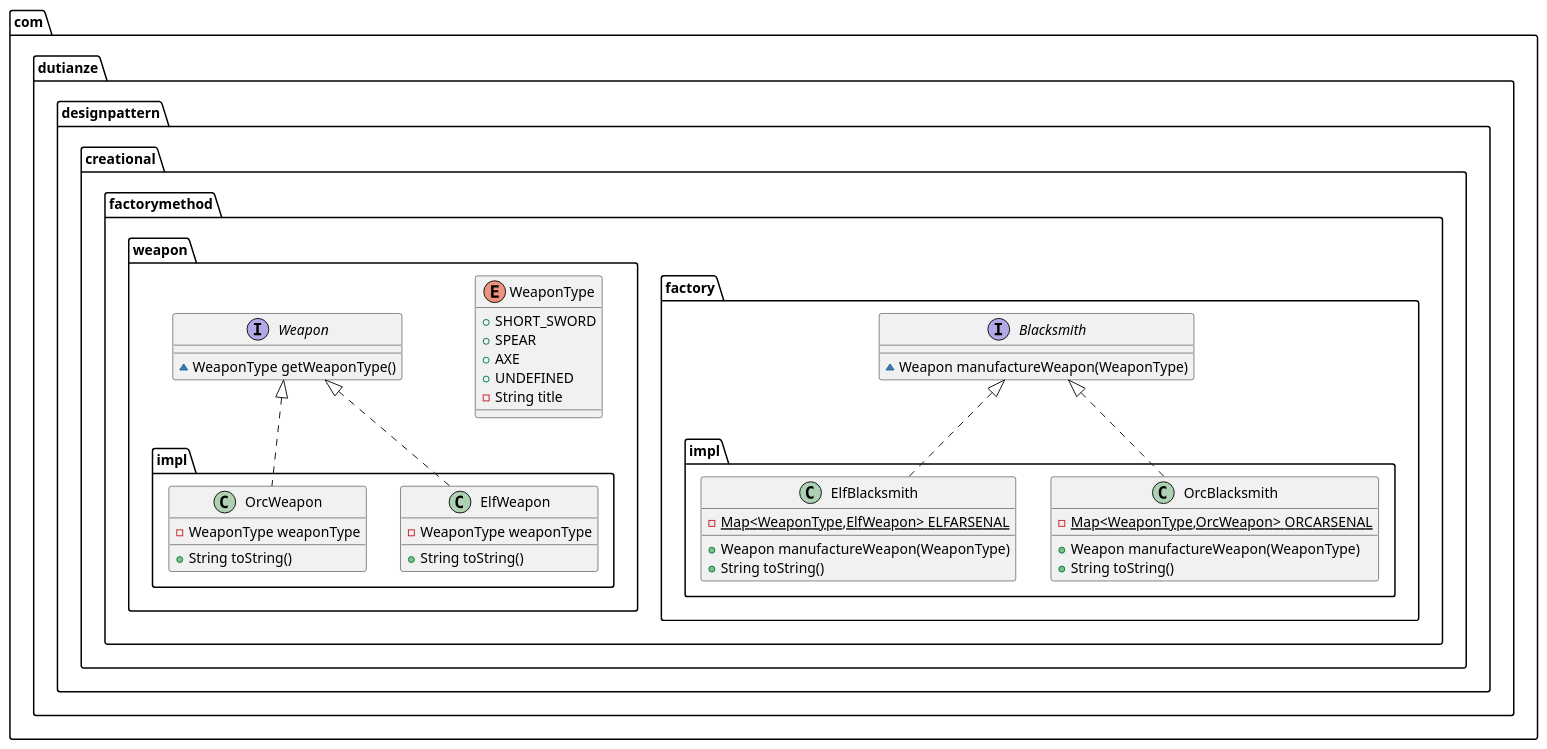
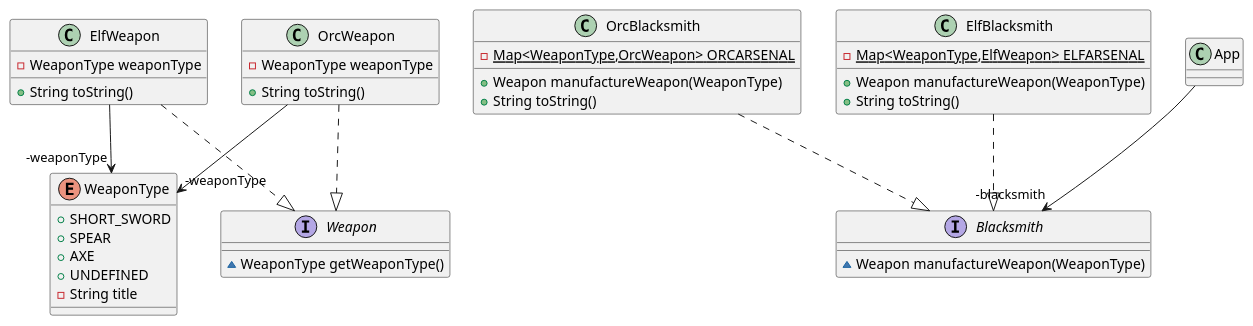
One commit to duTianze/my-java changed the diagram in design/design-pattern/src/main/java/com/dutianze/designpattern/creational/factorymethod/factorymethod.puml. Above: the diagram before and after it, drawn with PlantUML. The commit also changed 7 other files, not shown here.

```diff
--- a/design/design-pattern/src/main/java/com/dutianze/designpattern/creational/factorymethod/factorymethod.puml
+++ b/design/design-pattern/src/main/java/com/dutianze/designpattern/creational/factorymethod/factorymethod.puml
@@ -1,39 +1,42 @@
 @startuml
-class com.dutianze.designpattern.creational.factorymethod.factory.impl.OrcBlacksmith {
+class ElfWeapon {
+- WeaponType weaponType
++ String toString()
+}
+class OrcBlacksmith {
 - {static} Map<WeaponType,OrcWeapon> ORCARSENAL
 + Weapon manufactureWeapon(WeaponType)
 + String toString()
 }
-class com.dutianze.designpattern.creational.factorymethod.weapon.impl.ElfWeapon {
-- WeaponType weaponType
-+ String toString()
-}
-enum com.dutianze.designpattern.creational.factorymethod.weapon.WeaponType {
+enum WeaponType {
 +  SHORT_SWORD
 +  SPEAR
 +  AXE
 +  UNDEFINED
 - String title
 }
-interface com.dutianze.designpattern.creational.factorymethod.weapon.Weapon {
+interface Weapon {
 ~ WeaponType getWeaponType()
 }
-class com.dutianze.designpattern.creational.factorymethod.weapon.impl.OrcWeapon {
+class OrcWeapon {
 - WeaponType weaponType
 + String toString()
 }
-class com.dutianze.designpattern.creational.factorymethod.factory.impl.ElfBlacksmith {
+class ElfBlacksmith {
 - {static} Map<WeaponType,ElfWeapon> ELFARSENAL
 + Weapon manufactureWeapon(WeaponType)
 + String toString()
 }
-interface com.dutianze.designpattern.creational.factorymethod.factory.Blacksmith {
+interface Blacksmith {
 ~ Weapon manufactureWeapon(WeaponType)
 }
 
 
-com.dutianze.designpattern.creational.factorymethod.factory.Blacksmith <|.. com.dutianze.designpattern.creational.factorymethod.factory.impl.OrcBlacksmith
-com.dutianze.designpattern.creational.factorymethod.weapon.Weapon <|.. com.dutianze.designpattern.creational.factorymethod.weapon.impl.ElfWeapon
-com.dutianze.designpattern.creational.factorymethod.weapon.Weapon <|.. com.dutianze.designpattern.creational.factorymethod.weapon.impl.OrcWeapon
-com.dutianze.designpattern.creational.factorymethod.factory.Blacksmith <|.. com.dutianze.designpattern.creational.factorymethod.factory.impl.ElfBlacksmith
+ElfWeapon -->  "-weaponType" WeaponType
+OrcWeapon -->  "-weaponType" WeaponType
+App -->  "-blacksmith" Blacksmith
+ElfBlacksmith ..|> Blacksmith
+ElfWeapon ..|> Weapon
+OrcBlacksmith ..|> Blacksmith
+OrcWeapon ..|> Weapon
 @enduml
```
